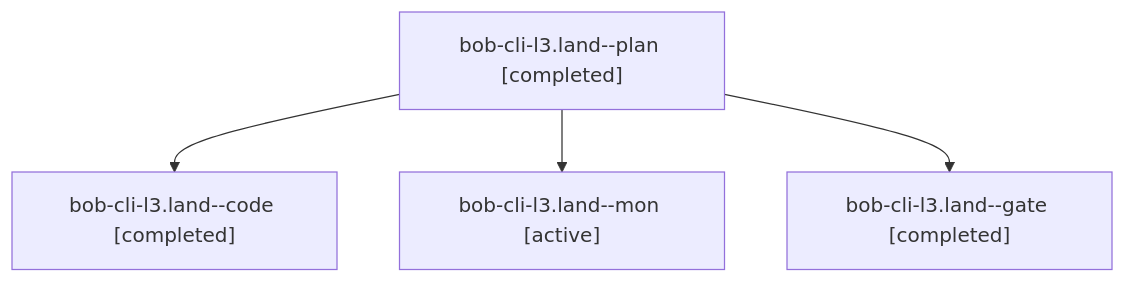
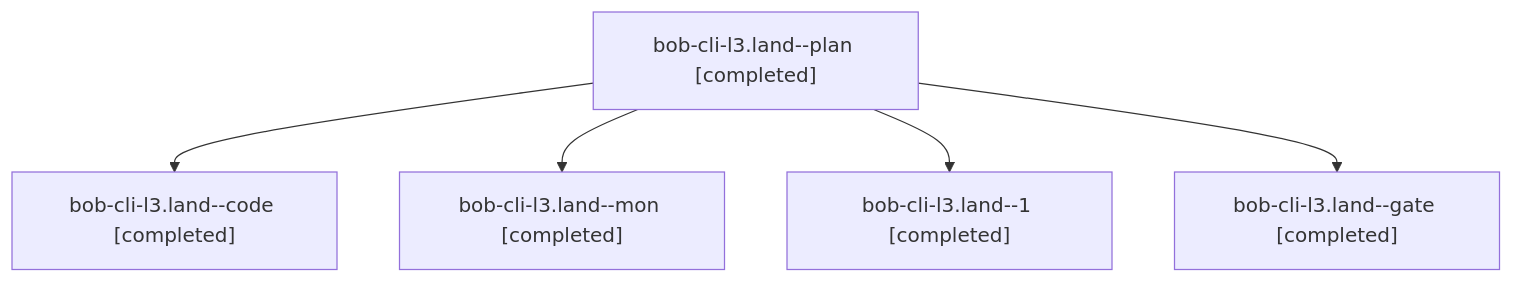
One commit to bobs-org/bob-cli--agents changed the diagram in sessions/bbugyi200.apollo.bob-cli-l3.land.md. Above: the diagram before and after it, drawn with Mermaid. The commit also changed other lines of this file and 25 other files, not shown here.

````diff
--- a/sessions/bbugyi200.apollo.bob-cli-l3.land.md
+++ b/sessions/bbugyi200.apollo.bob-cli-l3.land.md
@@ -9,10 +9,12 @@
 ```mermaid
 flowchart TD
   n0["bob-cli-l3.land--plan [completed]"]
   n1["bob-cli-l3.land--code [completed]"]
   n0 --> n1
-  n2["bob-cli-l3.land--mon [active]"]
+  n2["bob-cli-l3.land--mon [completed]"]
   n0 --> n2
-  n3["bob-cli-l3.land--gate [completed]"]
+  n3["bob-cli-l3.land--1 [completed]"]
   n0 --> n3
+  n4["bob-cli-l3.land--gate [completed]"]
+  n0 --> n4
 ```
````
